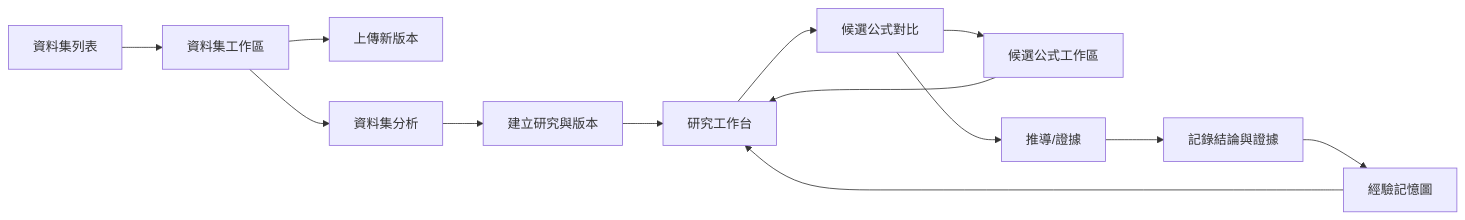
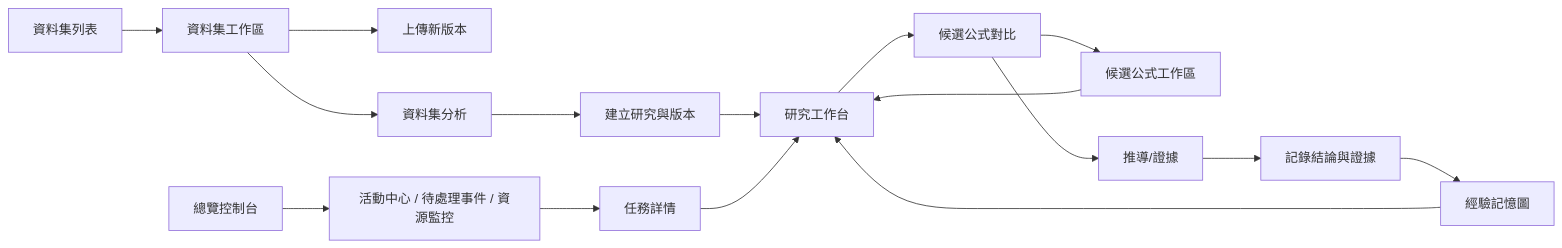
The second of 2 diagrams in docs/企劃案/08-前端UX/24-畫面線框與互動流程.md (lovenovel0618/AXIOM), drawn with Mermaid before and after one commit. The commit also changed other lines of this file and 12 other files, not shown here.

````diff
--- a/docs/企劃案/08-前端UX/24-畫面線框與互動流程.md
+++ b/docs/企劃案/08-前端UX/24-畫面線框與互動流程.md
@@ -89,17 +89,20 @@
 ```mermaid
 
 flowchart LR
  A[資料集列表] --> A2[資料集工作區]
  A2 --> B[上傳新版本]
  A2 --> C[資料集分析]
  C --> D[建立研究與版本]
  D --> E[研究工作台]
  E --> F[候選公式對比]
  F --> F2[候選公式工作區]
  F2 --> E
  F --> G[推導/證據]
  G --> H[記錄結論與證據]
  H --> I[經驗記憶圖]
  I --> E
+ Z[總覽控制台] --> Z1[活動中心 / 待處理事件 / 資源監控]
+ Z1 --> Z2[任務詳情]
+ Z2 --> E
 
 ```
````
